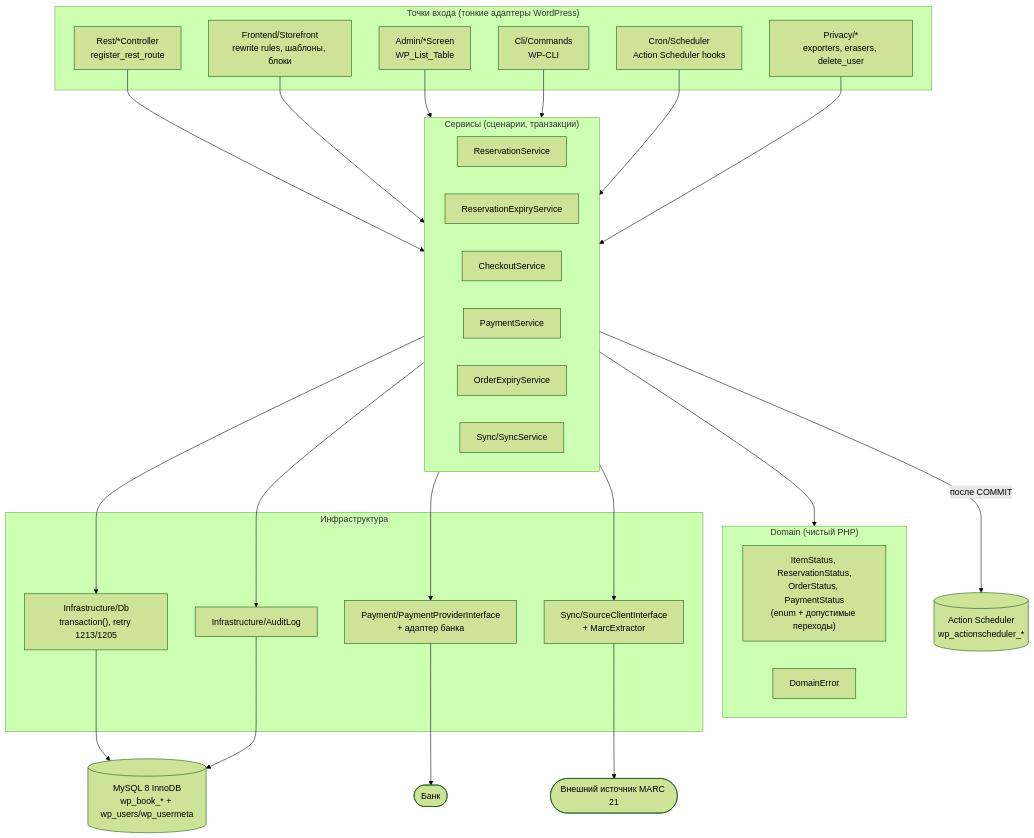
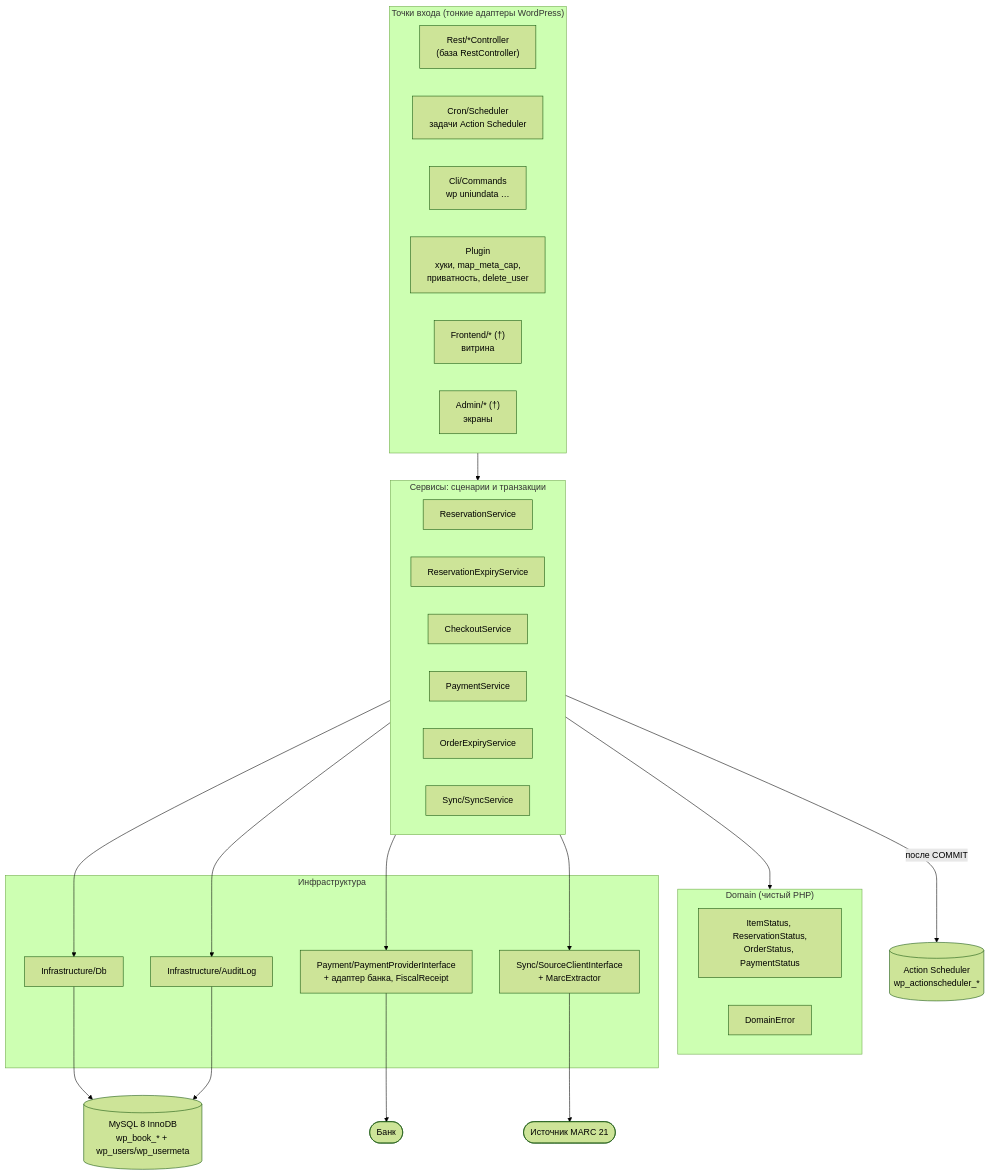
One commit to bomkot07/plan changed the first of 2 diagrams in docs/01-architecture.md. Above: the diagram before and after it, drawn with Mermaid (forest theme). The commit also changed other lines of this file and 40 other files, not shown here.

First line of the commit message:
WIP: align PHP code, queries and REST docs with schema v2

````diff
--- a/docs/01-architecture.md
+++ b/docs/01-architecture.md
@@ -23,50 +39,45 @@
 ```mermaid
 flowchart TB
   subgraph Entry["Точки входа (тонкие адаптеры WordPress)"]
-    REST["Rest/*Controller<br/>register_rest_route"]
-    FRONT["Frontend/Storefront<br/>rewrite rules, шаблоны, блоки"]
-    ADMIN["Admin/*Screen<br/>WP_List_Table"]
-    CLI["Cli/Commands<br/>WP-CLI"]
-    CRON["Cron/Scheduler<br/>Action Scheduler hooks"]
-    PRIV["Privacy/*<br/>exporters, erasers, delete_user"]
+    REST["Rest/*Controller<br/>(база RestController)"]
+    CRON["Cron/Scheduler<br/>задачи Action Scheduler"]
+    CLI["Cli/Commands<br/>wp uniundata …"]
+    PLG["Plugin<br/>хуки, map_meta_cap,<br/>приватность, delete_user"]
+    FRONT["Frontend/* (†)<br/>витрина"]
+    ADMIN["Admin/* (†)<br/>экраны"]
   end
-  subgraph App["Сервисы (сценарии, транзакции)"]
+  subgraph App["Сервисы: сценарии и транзакции"]
     RS["ReservationService"]
     RES["ReservationExpiryService"]
     CS["CheckoutService"]
     PS["PaymentService"]
     OES["OrderExpiryService"]
     SS["Sync/SyncService"]
   end
   subgraph Dom["Domain (чистый PHP)"]
-    EN["ItemStatus, ReservationStatus,<br/>OrderStatus, PaymentStatus<br/>(enum + допустимые переходы)"]
+    EN["ItemStatus, ReservationStatus,<br/>OrderStatus, PaymentStatus"]
     DE["DomainError"]
   end
   subgraph Infra["Инфраструктура"]
-    DB["Infrastructure/Db<br/>transaction(), retry 1213/1205"]
+    DB["Infrastructure/Db"]
     AL["Infrastructure/AuditLog"]
-    PP["Payment/PaymentProviderInterface<br/>+ адаптер банка"]
+    PP["Payment/PaymentProviderInterface<br/>+ адаптер банка, FiscalReceipt"]
     SC["Sync/SourceClientInterface<br/>+ MarcExtractor"]
   end
   MYSQL[("MySQL 8 InnoDB<br/>wp_book_* + wp_users/wp_usermeta")]
   AS[("Action Scheduler<br/>wp_actionscheduler_*")]
   BANK(["Банк"])
-  SRC(["Внешний источник MARC 21"])
+  SRC(["Источник MARC 21"])
 
-  REST --> App
-  FRONT --> App
-  ADMIN --> App
-  CLI --> App
-  CRON --> App
-  PRIV --> App
+  Entry --> App
   App --> Dom
   App --> DB
   App --> AL
   App --> PP
   App --> SC
   DB --> MYSQL
   AL --> MYSQL
   App -- "после COMMIT" --> AS
   PP --> BANK
   SC --> SRC
 ```
````
